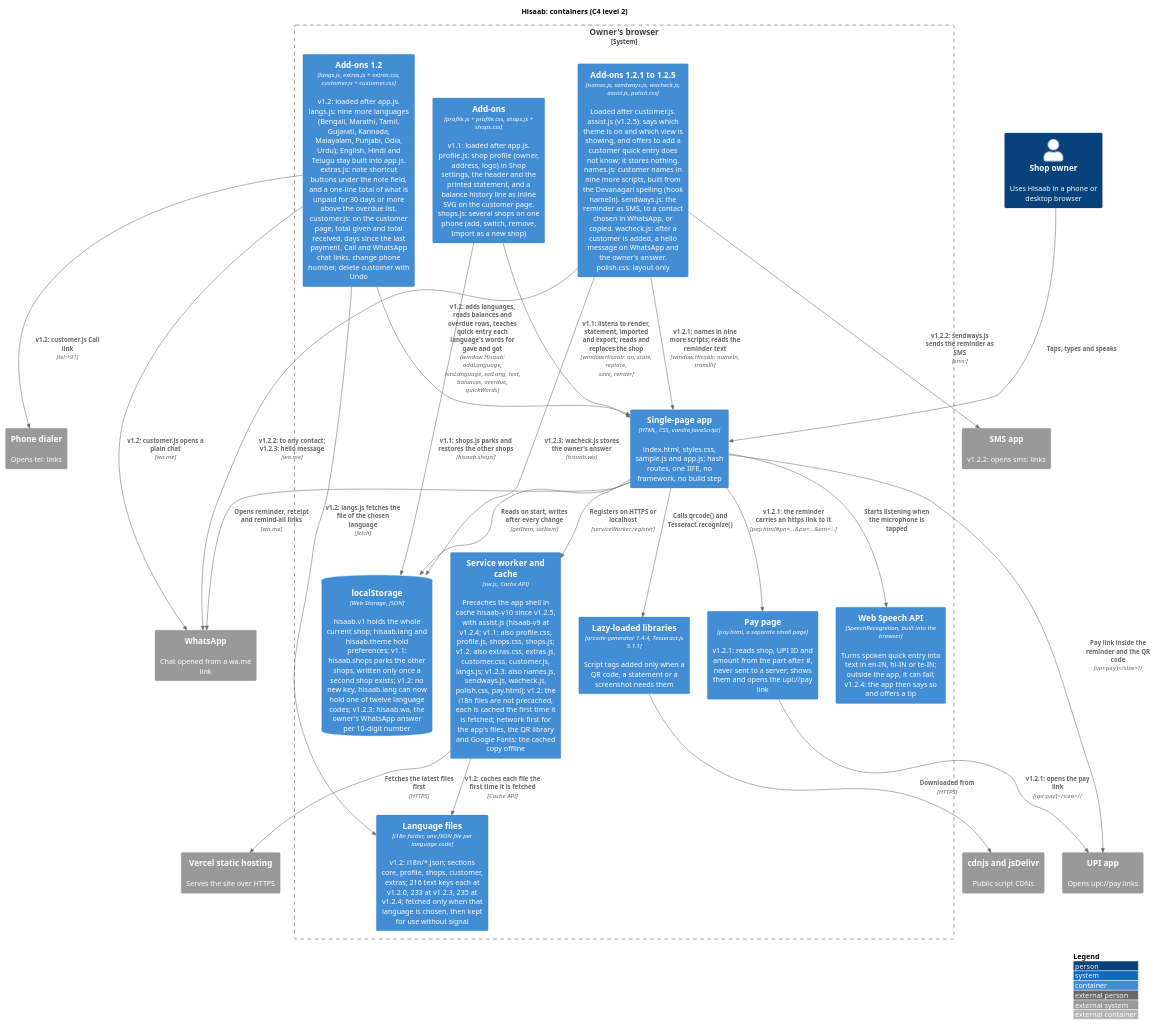
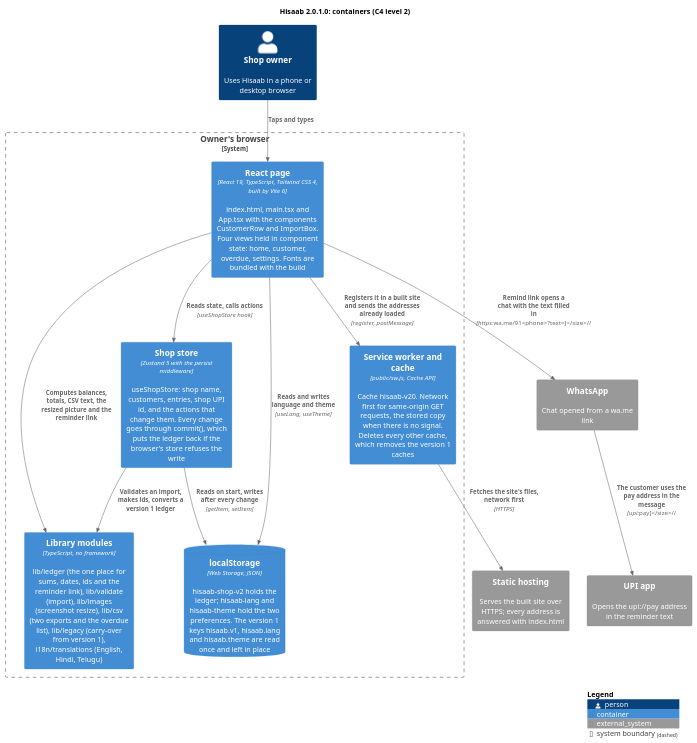
The diagram in docs/diagrams/c4-container.puml (karwasanjay007/hisaab-docs), drawn with PlantUML before and after one commit. The commit also changed 54 other files, not shown here.

First line of the commit message:
Version 2.0.1.0: every document, journey and diagram rewritten from the rebuilt code

```diff
--- a/docs/diagrams/c4-container.puml
+++ b/docs/diagrams/c4-container.puml
@@ -1,50 +1,30 @@
 @startuml c4-container
 !include <C4/C4_Container>
-title Hisaab: containers (C4 level 2)
+title Hisaab 2.0.1.0: containers (C4 level 2)
 
 Person(owner, "Shop owner", "Uses Hisaab in a phone or desktop browser")
 System_Ext(whatsapp, "WhatsApp", "Chat opened from a wa.me link")
-System_Ext(upi, "UPI app", "Opens upi://pay links")
-System_Ext(dialer, "Phone dialer", "Opens tel: links")
-System_Ext(sms, "SMS app", "v1.2.2: opens sms: links")
-System_Ext(cdn, "cdnjs and jsDelivr", "Public script CDNs")
-System_Ext(vercel, "Vercel static hosting", "Serves the site over HTTPS")
+System_Ext(upi, "UPI app", "Opens the upi://pay address in the reminder text")
+System_Ext(host, "Static hosting", "Serves the built site over HTTPS; every address is answered with index.html")
 
 System_Boundary(browser, "Owner's browser") {
-  Container(spa, "Single-page app", "HTML, CSS, vanilla JavaScript", "index.html, styles.css, sample.js and app.js; hash routes, one IIFE, no framework, no build step")
-  Container(addons, "Add-ons", "profile.js + profile.css, shops.js + shops.css", "v1.1: loaded after app.js. profile.js: shop profile (owner, address, logo) in Shop settings, the header and the printed statement, and a balance history line as inline SVG on the customer page. shops.js: several shops on one phone (add, switch, remove, Import as a new shop)")
-  ContainerDb(ls, "localStorage", "Web Storage, JSON", "hisaab.v1 holds the whole current shop; hisaab.lang and hisaab.theme hold preferences; v1.1: hisaab.shops parks the other shops, written only once a second shop exists; v1.2: no new key, hisaab.lang can now hold one of twelve language codes; v1.2.3: hisaab.wa, the owner's WhatsApp answer per 10-digit number")
-  Container(sw, "Service worker and cache", "sw.js, Cache API", "Precaches the app shell in cache hisaab-v10 since v1.2.5, with assist.js (hisaab-v9 at v1.2.4; v1.1: also profile.css, profile.js, shops.css, shops.js; v1.2: also extras.css, extras.js, customer.css, customer.js, langs.js; v1.2.3: also names.js, sendways.js, wacheck.js, polish.css, pay.html); v1.2: the i18n files are not precached, each is cached the first time it is fetched; network first for the app's files, the QR library and Google Fonts; the cached copy offline")
-  Container(addons12, "Add-ons 1.2", "langs.js, extras.js + extras.css, customer.js + customer.css", "v1.2: loaded after app.js. langs.js: nine more languages (Bengali, Marathi, Tamil, Gujarati, Kannada, Malayalam, Punjabi, Odia, Urdu); English, Hindi and Telugu stay built into app.js. extras.js: note shortcut buttons under the note field, and a one-line total of what is unpaid for 30 days or more above the overdue list. customer.js: on the customer page, total given and total received, days since the last payment, Call and WhatsApp chat links, change phone number, delete customer with Undo")
-  Container(i18nfiles, "Language files", "i18n folder, one JSON file per language code", "v1.2: i18n/*.json; sections core, profile, shops, customer, extras; 216 text keys each at v1.2.0, 233 at v1.2.3, 235 at v1.2.4; fetched only when that language is chosen, then kept for use without signal")
-  Container(addons123, "Add-ons 1.2.1 to 1.2.5", "names.js, sendways.js, wacheck.js, assist.js, polish.css", "Loaded after customer.js. assist.js (v1.2.5): says which theme is on and which view is showing, and offers to add a customer quick entry does not know; it stores nothing. names.js: customer names in nine more scripts, built from the Devanagari spelling (hook nameIn). sendways.js: the reminder as SMS, to a contact chosen in WhatsApp, or copied. wacheck.js: after a customer is added, a hello message on WhatsApp and the owner's answer. polish.css: layout only")
-  Container(paypage, "Pay page", "pay.html, a separate small page", "v1.2.1: reads shop, UPI ID and amount from the part after #, never sent to a server; shows them and opens the upi://pay link")
-  Container(libs, "Lazy-loaded libraries", "qrcode-generator 1.4.4, Tesseract.js 5.1.1", "Script tags added only when a QR code, a statement or a screenshot needs them")
-  Container(speech, "Web Speech API", "SpeechRecognition, built into the browser", "Turns spoken quick entry into text in en-IN, hi-IN or te-IN; outside the app, it can fail; v1.2.4: the app then says so and offers a tip")
+  Container(page, "React page", "React 19, TypeScript, Tailwind CSS 4, built by Vite 6", "index.html, main.tsx and App.tsx with the components CustomerRow and ImportBox. Four views held in component state: home, customer, overdue, settings. Fonts are bundled with the build")
+  Container(store, "Shop store", "Zustand 5 with the persist middleware", "useShopStore: shop name, customers, entries, shop UPI id, and the actions that change them. Every change goes through commit(), which puts the ledger back if the browser's store refuses the write")
+  Container(lib, "Library modules", "TypeScript, no framework", "lib/ledger (the one place for sums, dates, ids and the reminder link), lib/validate (import), lib/images (screenshot resize), lib/csv (two exports and the overdue list), lib/legacy (carry-over from version 1), i18n/translations (English, Hindi, Telugu)")
+  ContainerDb(ls, "localStorage", "Web Storage, JSON", "hisaab-shop-v2 holds the ledger; hisaab-lang and hisaab-theme hold the two preferences. The version 1 keys hisaab.v1, hisaab.lang and hisaab.theme are read once and left in place")
+  Container(sw, "Service worker and cache", "public/sw.js, Cache API", "Cache hisaab-v20. Network first for same-origin GET requests, the stored copy when there is no signal. Deletes every other cache, which removes the version 1 caches")
 }
 
-Rel(owner, spa, "Taps, types and speaks")
-Rel(spa, ls, "Reads on start, writes after every change", "getItem, setItem")
-Rel(addons, spa, "v1.1: listens to render, statement, imported and export; reads and replaces the shop", "window.Hisaab: on, state, replace, save, render")
-Rel(addons, ls, "v1.1: shops.js parks and restores the other shops", "hisaab.shops")
-Rel(addons12, spa, "v1.2: adds languages, reads balances and overdue rows, teaches quick entry each language's words for gave and got", "window.Hisaab: addLanguage, hasLanguage, setLang, text, balances, overdue, quickWords")
-Rel(addons12, i18nfiles, "v1.2: langs.js fetches the file of the chosen language", "fetch")
-Rel(sw, i18nfiles, "v1.2: caches each file the first time it is fetched", "Cache API")
-Rel(spa, sw, "Registers on HTTPS or localhost", "serviceWorker.register")
-Rel(sw, vercel, "Fetches the latest files first", "HTTPS")
-Rel(spa, libs, "Calls qrcode() and Tesseract.recognize()")
-Rel(libs, cdn, "Downloaded from", "HTTPS")
-Rel(spa, speech, "Starts listening when the microphone is tapped")
-Rel(spa, whatsapp, "Opens reminder, receipt and remind-all links", "wa.me")
-Rel(spa, upi, "Pay link inside the reminder and the QR code", "upi://pay")
-Rel(addons12, whatsapp, "v1.2: customer.js opens a plain chat", "wa.me")
-Rel(addons12, dialer, "v1.2: customer.js Call link", "tel:+91")
-Rel(addons123, spa, "v1.2.1: names in nine more scripts; reads the reminder text", "window.Hisaab: nameIn, translit")
-Rel(addons123, ls, "v1.2.3: wacheck.js stores the owner's answer", "hisaab.wa")
-Rel(addons123, sms, "v1.2.2: sendways.js sends the reminder as SMS", "sms:")
-Rel(addons123, whatsapp, "v1.2.2: to any contact; v1.2.3: hello message", "wa.me")
-Rel(spa, paypage, "v1.2.1: the reminder carries an https link to it", "pay.html#pn=...&pa=...&am=...")
-Rel(paypage, upi, "v1.2.1: opens the pay link", "upi://pay")
+Rel(owner, page, "Taps and types")
+Rel(page, store, "Reads state, calls actions", "useShopStore hook")
+Rel(page, lib, "Computes balances, totals, CSV text, the resized picture and the reminder link")
+Rel(store, lib, "Validates an import, makes ids, converts a version 1 ledger")
+Rel(store, ls, "Reads on start, writes after every change", "getItem, setItem")
+Rel(page, ls, "Reads and writes language and theme", "useLang, useTheme")
+Rel(page, sw, "Registers it in a built site and sends the addresses already loaded", "register, postMessage")
+Rel(sw, host, "Fetches the site's files, network first", "HTTPS")
+Rel(page, whatsapp, "Remind link opens a chat with the text filled in", "https://wa.me/91<phone>?text=")
+Rel(whatsapp, upi, "The customer uses the pay address in the message", "upi://pay")
 
-LAYOUT_WITH_LEGEND()
+SHOW_LEGEND()
 @enduml
```
